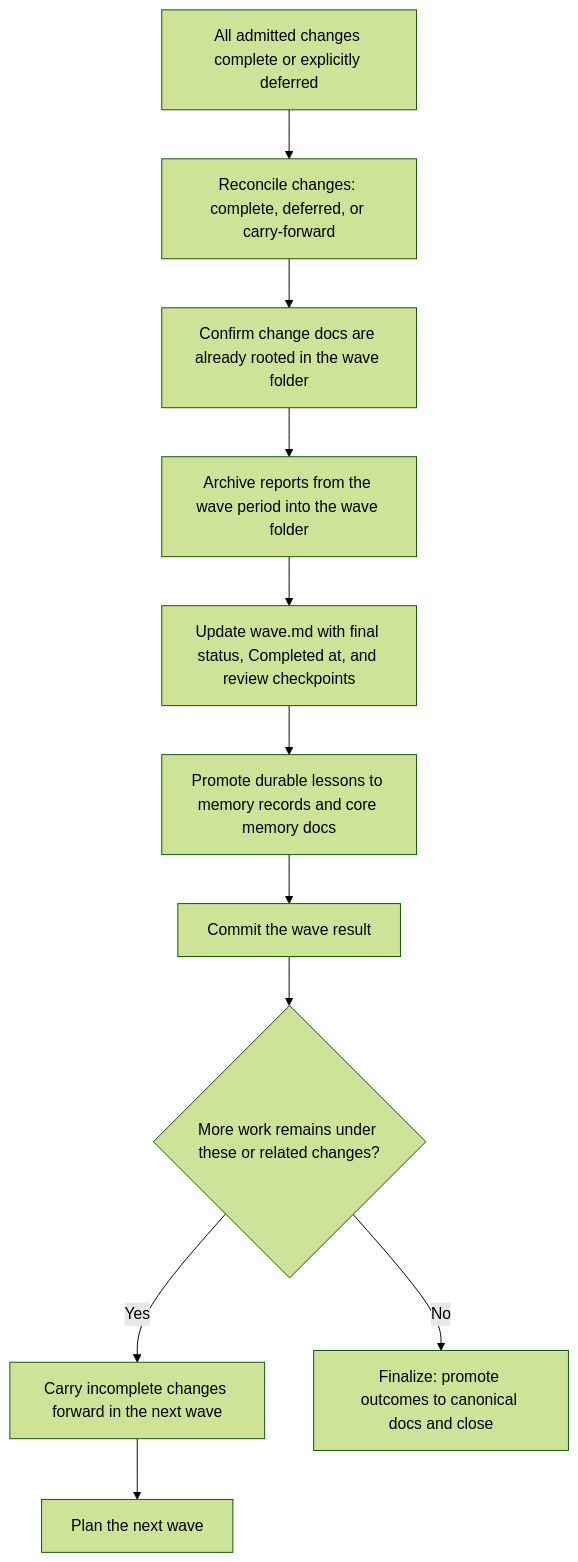
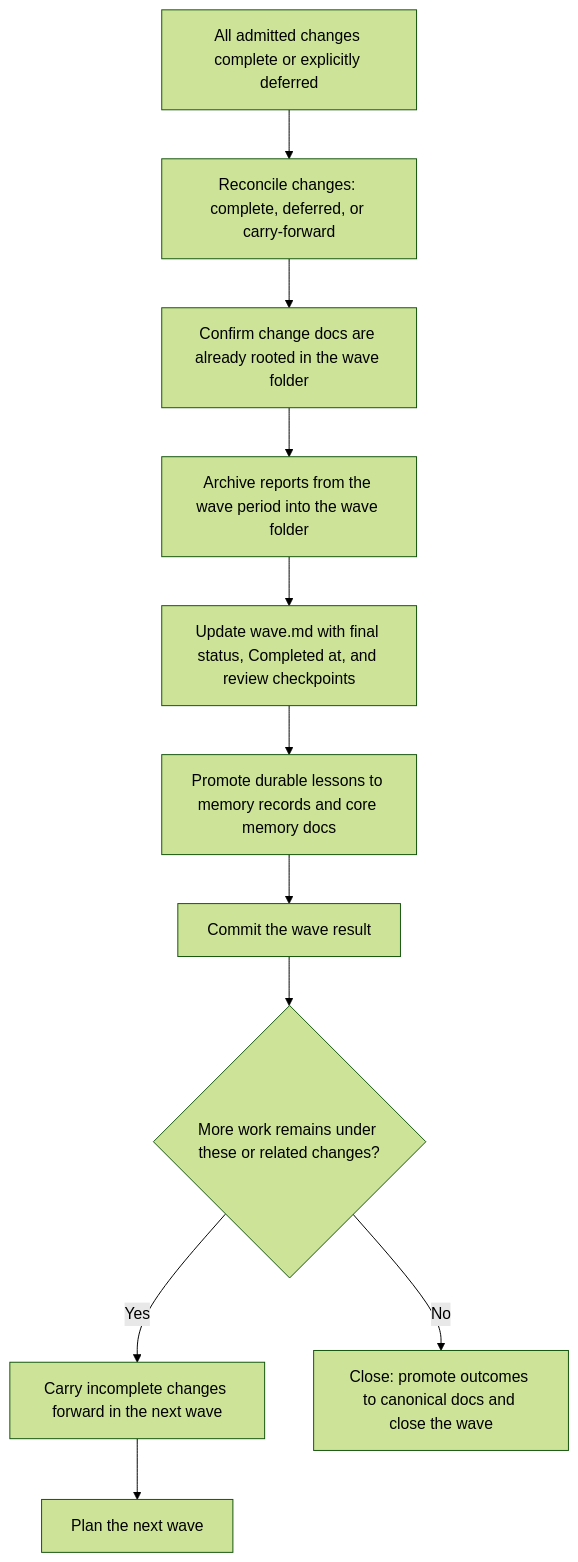
Before and after one commit to coryhacking/wavefoundry: the fourth of 4 diagrams in .wavefoundry/framework/seeds/001-feature-wave-framework-overview.md, drawn with Mermaid (forest theme). The commit also changed other lines of this file and 104 other files, not shown here.

````diff
--- a/.wavefoundry/framework/seeds/001-feature-wave-framework-overview.md
+++ b/.wavefoundry/framework/seeds/001-feature-wave-framework-overview.md
@@ -178,13 +178,13 @@
 ```mermaid
 flowchart TD
     A[All admitted changes complete or explicitly deferred] --> B[Reconcile changes: complete, deferred, or carry-forward]
     B --> C[Confirm change docs are already rooted in the wave folder]
     C --> D[Archive reports from the wave period into the wave folder]
     D --> E[Update wave.md with final status, Completed at, and review checkpoints]
     E --> F[Promote durable lessons to memory records and core memory docs]
     F --> G[Commit the wave result]
     G --> H{More work remains under these or related changes?}
     H -->|Yes| I[Carry incomplete changes forward in the next wave]
     I --> J[Plan the next wave]
-    H -->|No| K[Finalize: promote outcomes to canonical docs and close]
+    H -->|No| K[Close: promote outcomes to canonical docs and close the wave]
 ```
````
